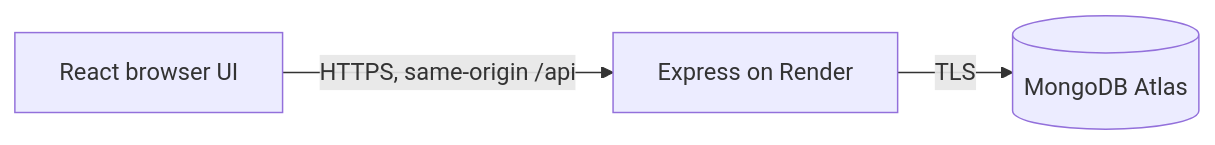
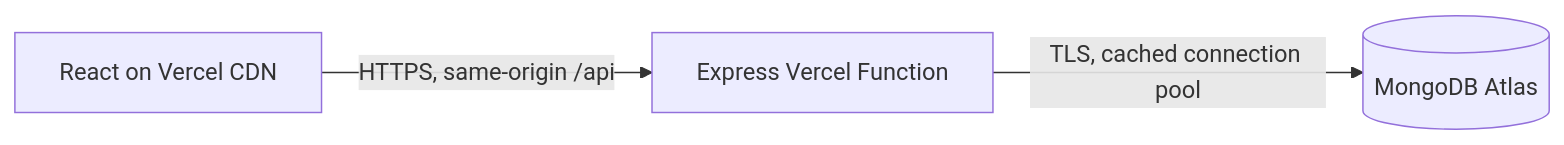
One commit to Sabareesh-pr/wt-lab changed the diagram in docs/deployment-report.md. Above: the diagram before and after it, drawn with Mermaid. The commit also changed other lines of this file and 11 other files, not shown here.

````diff
--- a/docs/deployment-report.md
+++ b/docs/deployment-report.md
@@ -7,5 +11,5 @@
 ```mermaid
 flowchart LR
-    Browser[React browser UI] -->|HTTPS, same-origin /api| API[Express on Render]
-    API -->|TLS| DB[(MongoDB Atlas)]
+    Browser[React on Vercel CDN] -->|HTTPS, same-origin /api| API[Express Vercel Function]
+    API -->|TLS, cached connection pool| DB[(MongoDB Atlas)]
 ```
````
